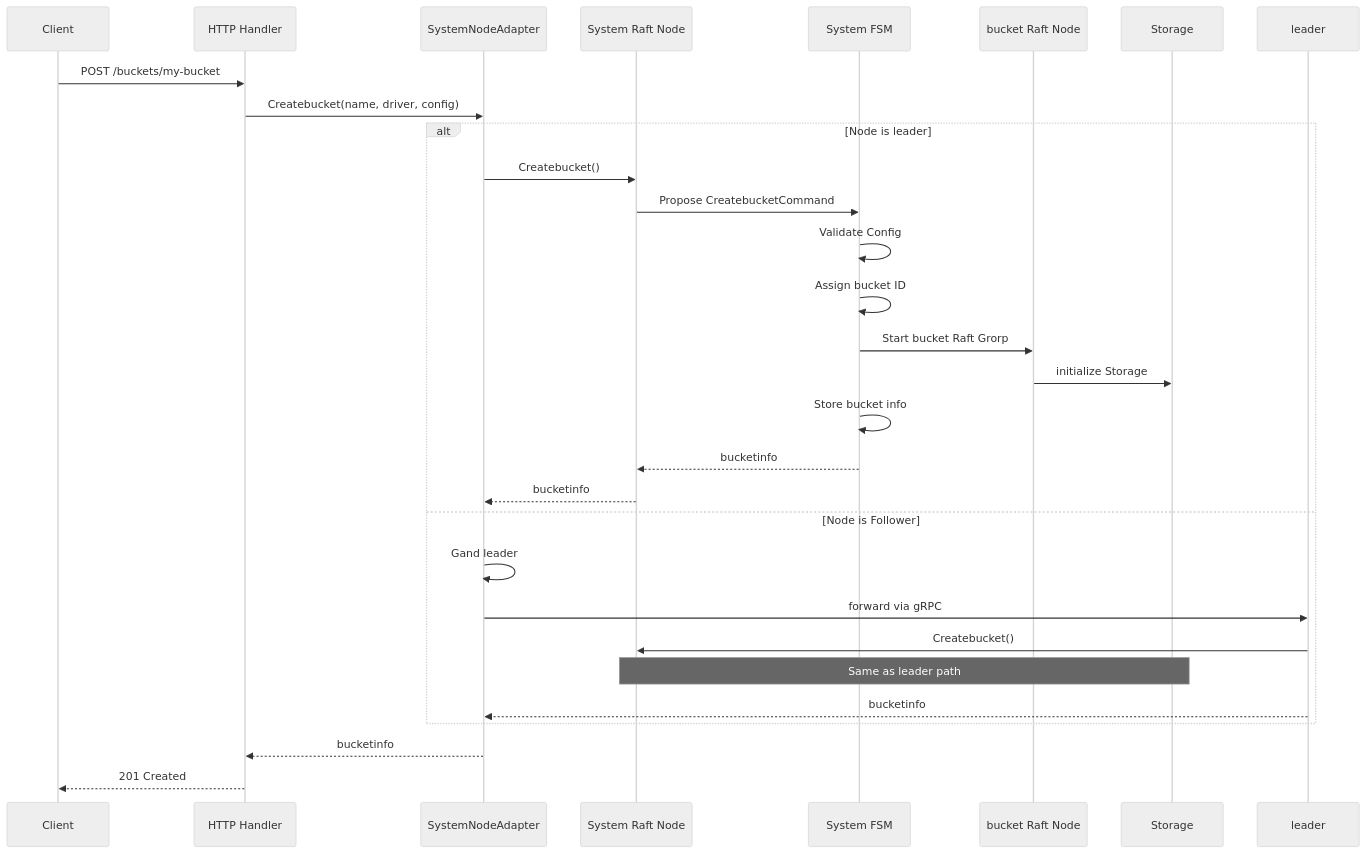
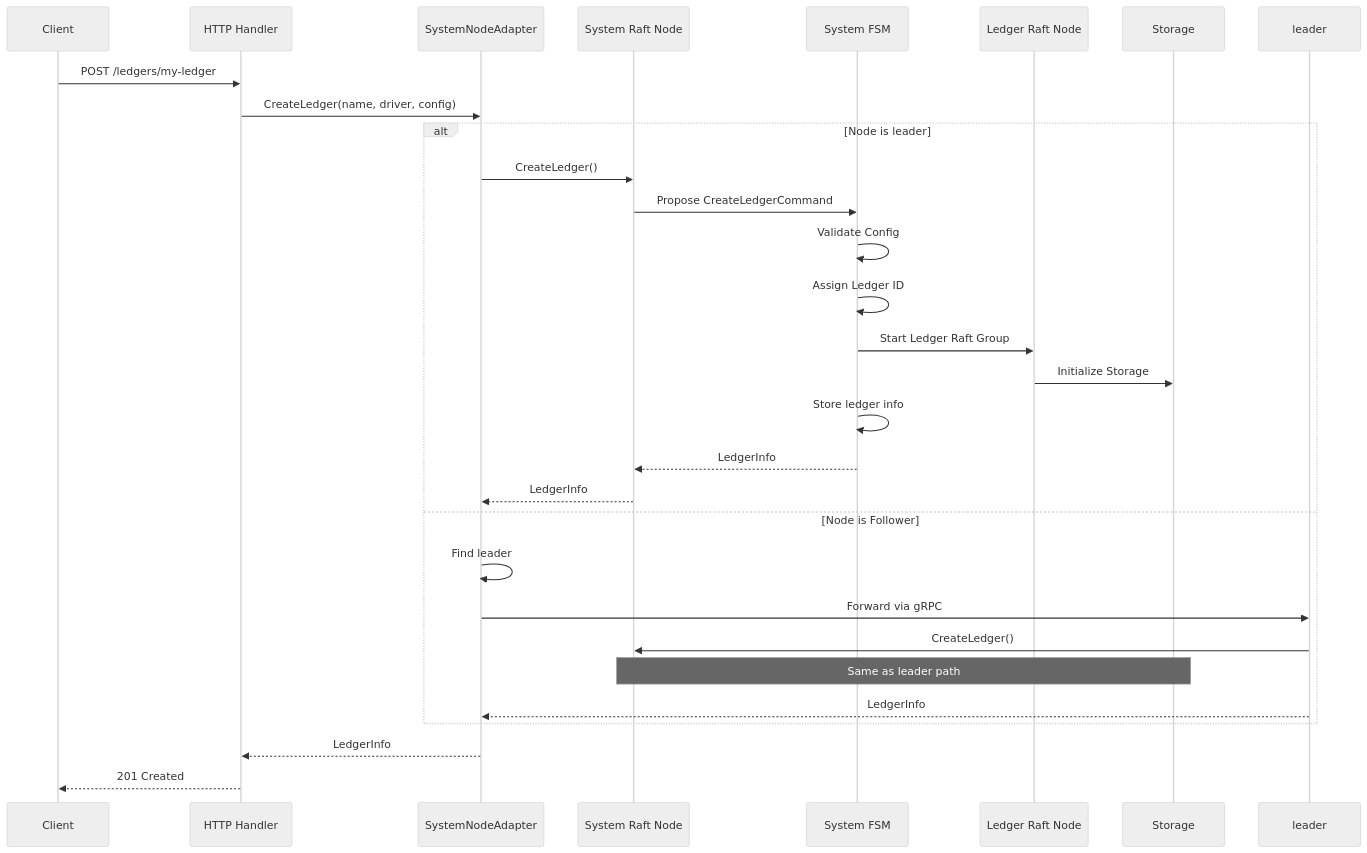
Before and after one commit to formancehq/ledger: the first of 7 diagrams in docs/data-flows.md, drawn with Mermaid (neutral theme). The commit also changed other lines of this file and 123 other files, not shown here.

````diff
--- a/docs/data-flows.md
+++ b/docs/data-flows.md
@@ -13,34 +13,34 @@
 ```mermaid
 sequenceDiagram
     participant Client
     participant HTTP as HTTP Handler
     participant Adapter as SystemNodeAdapter
     participant SystemNode as System Raft Node
     participant SystemFSM as System FSM
-    participant bucketNode as bucket Raft Node
+    participant LedgerNode as Ledger Raft Node
     participant Storage as Storage
     
-    Client->>HTTP: POST /buckets/my-bucket
-    HTTP->>Adapter: Createbucket(name, driver, config)
+    Client->>HTTP: POST /ledgers/my-ledger
+    HTTP->>Adapter: CreateLedger(name, driver, config)
     
     alt Node is leader
-        Adapter->>SystemNode: Createbucket()
-        SystemNode->>SystemFSM: Propose CreatebucketCommand
+        Adapter->>SystemNode: CreateLedger()
+        SystemNode->>SystemFSM: Propose CreateLedgerCommand
         SystemFSM->>SystemFSM: Validate Config
-        SystemFSM->>SystemFSM: Assign bucket ID
-        SystemFSM->>bucketNode: Start bucket Raft Grorp
-        bucketNode->>Storage: initialize Storage
-        SystemFSM->>SystemFSM: Store bucket info
-        SystemFSM-->>SystemNode: bucketinfo
-        SystemNode-->>Adapter: bucketinfo
+        SystemFSM->>SystemFSM: Assign Ledger ID
+        SystemFSM->>LedgerNode: Start Ledger Raft Group
+        LedgerNode->>Storage: Initialize Storage
+        SystemFSM->>SystemFSM: Store ledger info
+        SystemFSM-->>SystemNode: LedgerInfo
+        SystemNode-->>Adapter: LedgerInfo
     else Node is Follower
-        Adapter->>Adapter: Gand leader
-        Adapter->>leader: forward via gRPC
-        leader->>SystemNode: Createbucket()
+        Adapter->>Adapter: Find leader
+        Adapter->>leader: Forward via gRPC
+        leader->>SystemNode: CreateLedger()
         Note over SystemNode,Storage: Same as leader path
-        leader-->>Adapter: bucketinfo
+        leader-->>Adapter: LedgerInfo
     end
     
-    Adapter-->>HTTP: bucketinfo
+    Adapter-->>HTTP: LedgerInfo
     HTTP-->>Client: 201 Created
 ```
````
